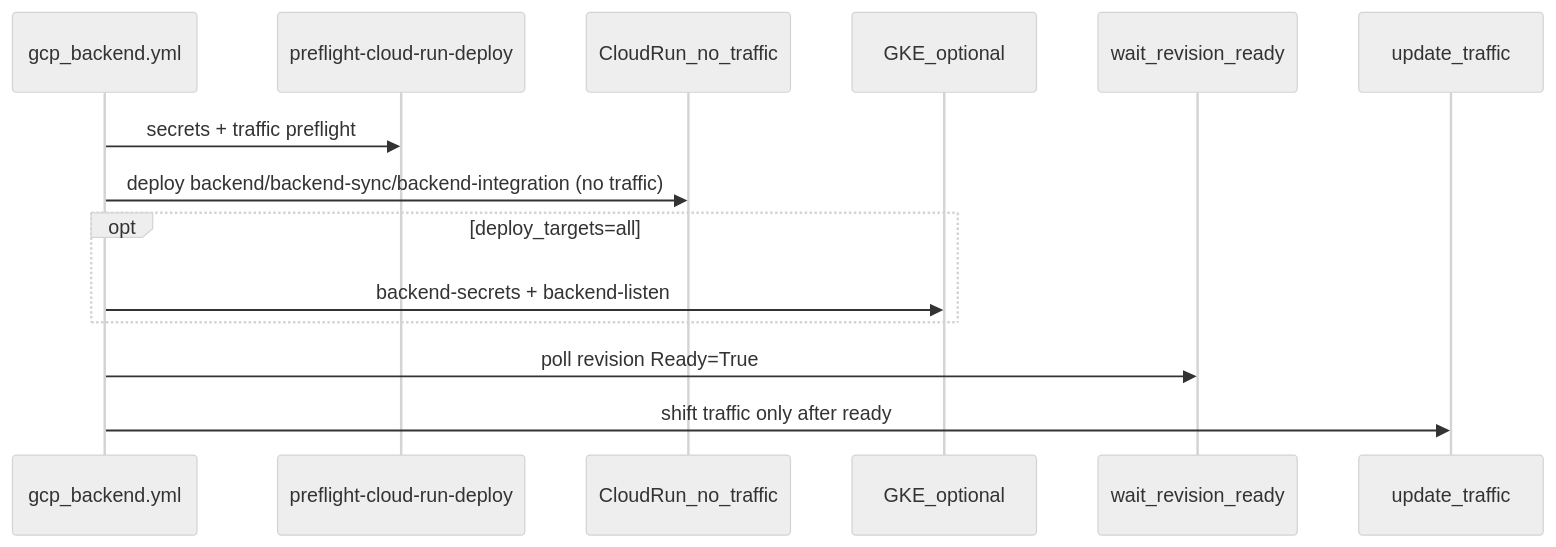
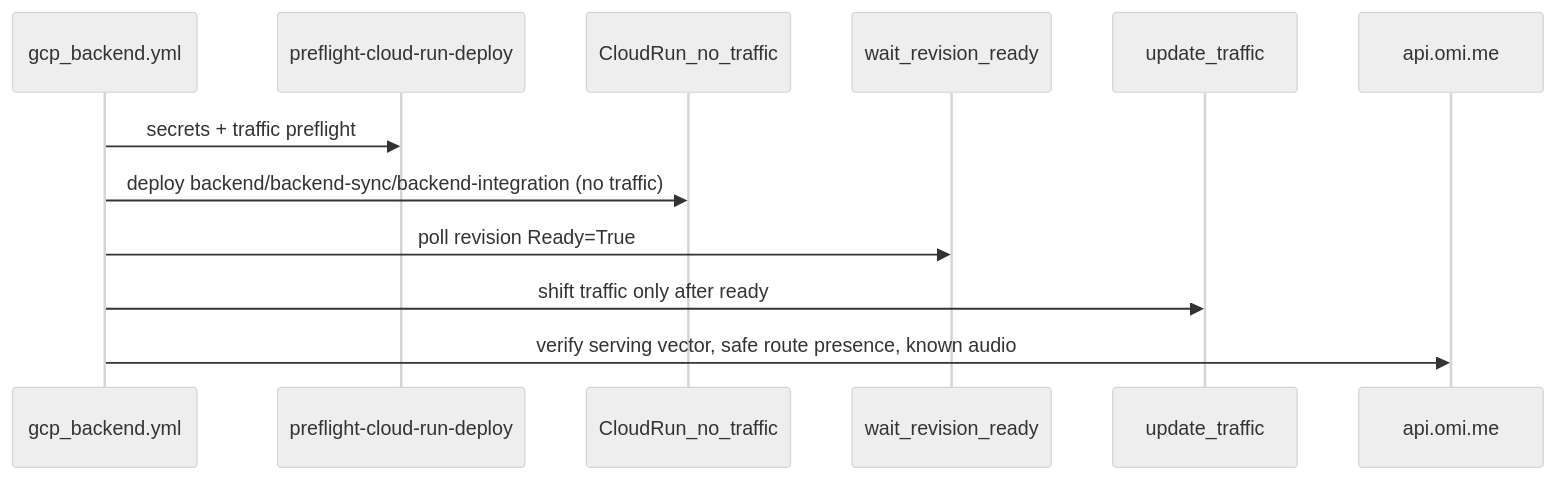
One commit to BasedHardware/omi changed the diagram in docs/doc/developer/backend/prod_hotfix_runbook.mdx. Above: the diagram before and after it, drawn with Mermaid (neutral theme). The commit also changed other lines of this file and 16 other files, not shown here.

````diff
--- a/docs/doc/developer/backend/prod_hotfix_runbook.mdx
+++ b/docs/doc/developer/backend/prod_hotfix_runbook.mdx
@@ -55,17 +55,15 @@
 ```mermaid
 sequenceDiagram
   participant WF as gcp_backend.yml
   participant PF as preflight-cloud-run-deploy
   participant CR as CloudRun_no_traffic
-  participant GKE as GKE_optional
   participant Ready as wait_revision_ready
   participant Shift as update_traffic
+  participant Smoke as api.omi.me
 
   WF->>PF: secrets + traffic preflight
   WF->>CR: deploy backend/backend-sync/backend-integration (no traffic)
-  opt deploy_targets=all
-    WF->>GKE: backend-secrets + backend-listen
-  end
   WF->>Ready: poll revision Ready=True
   WF->>Shift: shift traffic only after ready
+  WF->>Smoke: verify serving vector, safe route presence, known audio
 ```
````
